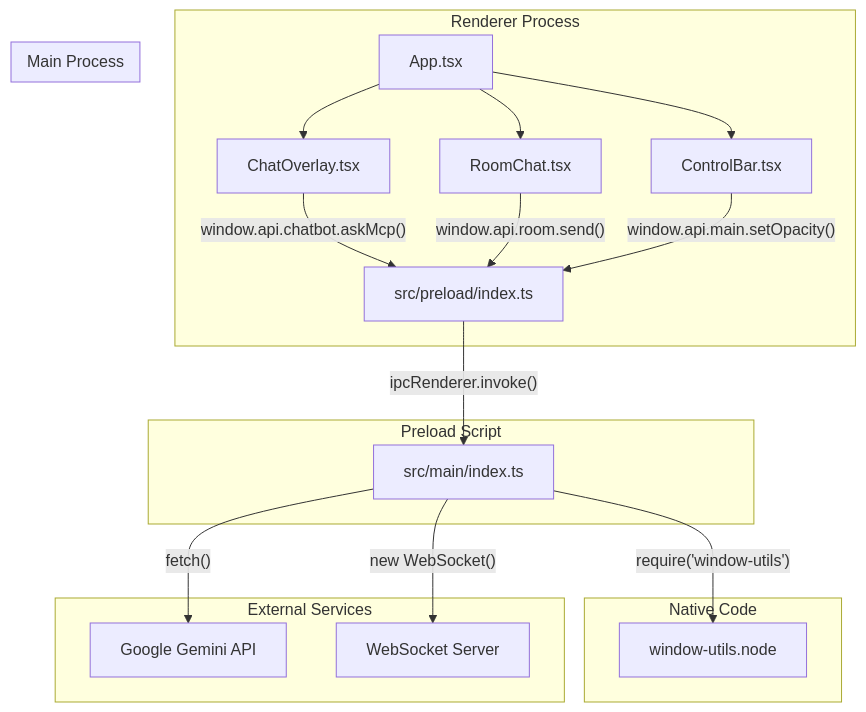
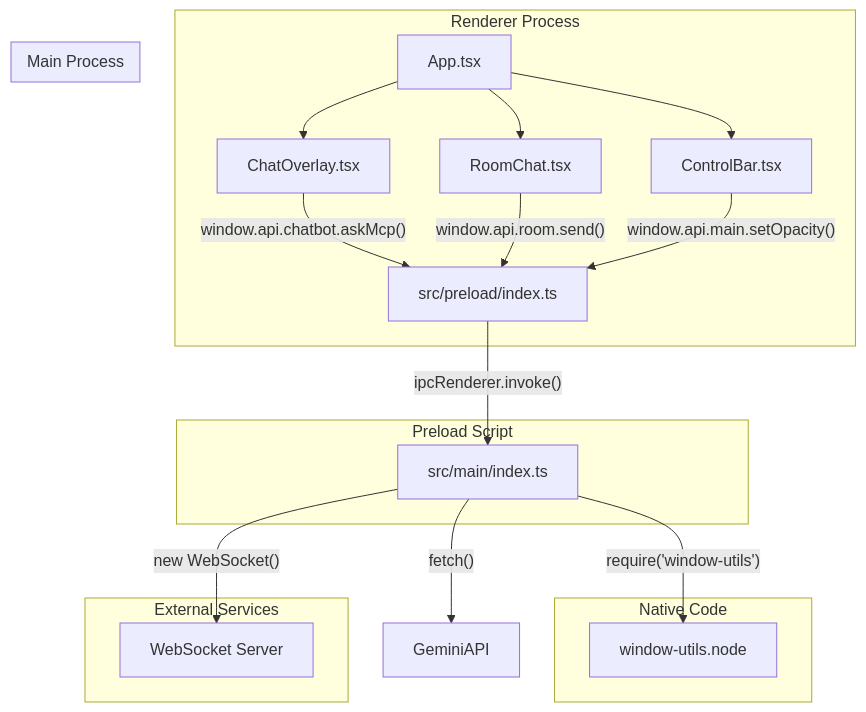
One commit to Ghaziyassine/interview-Life-Saver changed the diagram in claude.md. Above: the diagram before and after it, drawn with Mermaid. The commit also changed other lines of this file and 8 other files, not shown here.

````diff
--- a/claude.md
+++ b/claude.md
@@ -126,32 +152,31 @@
 ```mermaid
 graph TD
     subgraph Renderer Process
         App.tsx --> ControlBar.tsx
         App.tsx --> ChatOverlay.tsx
         App.tsx --> RoomChat.tsx
         ChatOverlay.tsx -- "window.api.chatbot.askMcp()" --> Preload
         RoomChat.tsx -- "window.api.room.send()" --> Preload
         ControlBar.tsx -- "window.api.main.setOpacity()" --> Preload
     end
 
     subgraph Preload Script
         Preload[src/preload/index.ts] -- "ipcRenderer.invoke()" --> Main
     end
 
     subgraph Main Process
         Main[src/main/index.ts]
     end
 
     subgraph Native Code
         WindowUtilsAddon["window-utils.node"]
     end
 
     subgraph External Services
-        GeminiAPI["Google Gemini API"]
         WebSocketServer["WebSocket Server"]
     end
 
     Main -- "require('window-utils')" --> WindowUtilsAddon
     Main -- "fetch()" --> GeminiAPI
     Main -- "new WebSocket()" --> WebSocketServer
 ```
````
